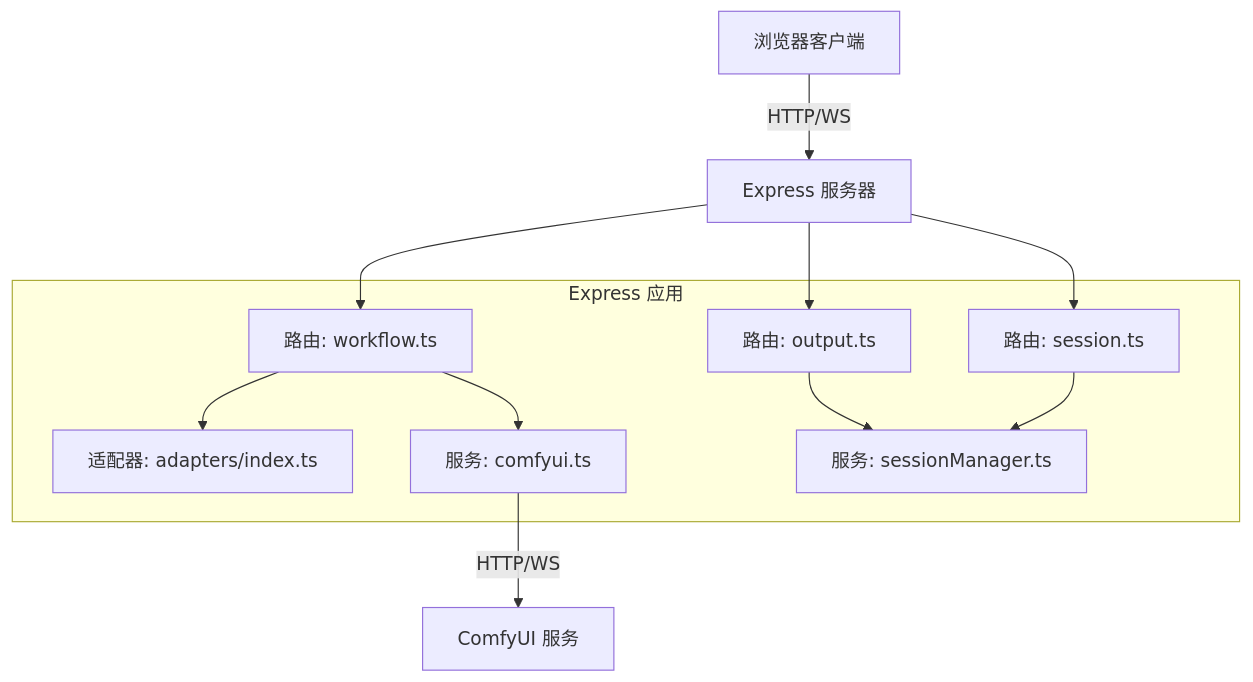
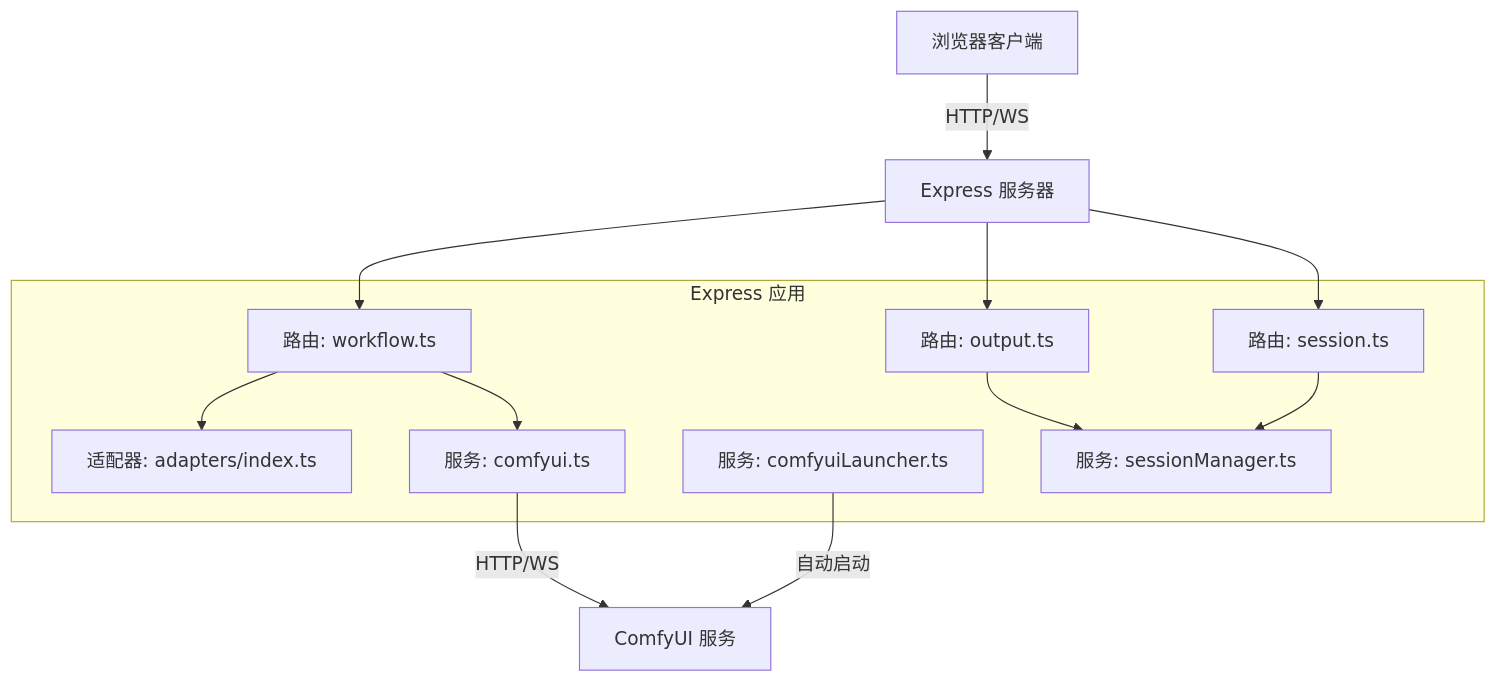
One commit to billye220670/CorineKit_Pix2Real changed the first of 7 diagrams in .qoder/repowiki/zh/content/后端服务/后端服务.md. Above: the diagram before and after it, drawn with Mermaid. The commit also changed other lines of this file and 54 other files, not shown here.

First line of the commit message:
feat: 模型下拉菜单元数据管理（缩略图+重命名）及session mask恢复优化

````diff
--- a/.qoder/repowiki/zh/content/后端服务/后端服务.md
+++ b/.qoder/repowiki/zh/content/后端服务/后端服务.md
@@ -49,20 +51,22 @@
 ```mermaid
 graph TB
 subgraph "Express 应用"
 R1["路由: workflow.ts"]
 R2["路由: output.ts"]
 R3["路由: session.ts"]
 S1["服务: comfyui.ts"]
 S2["服务: sessionManager.ts"]
+S3["服务: comfyuiLauncher.ts"]
 A1["适配器: adapters/index.ts"]
 end
 Client["浏览器客户端"] --> |HTTP/WS| Express["Express 服务器"]
 Express --> R1
 Express --> R2
 Express --> R3
 R1 --> A1
 R1 --> S1
 R2 --> S2
 R3 --> S2
 S1 --> |HTTP/WS| ComfyUI["ComfyUI 服务"]
+S3 --> |自动启动| ComfyUI
 ```
````
